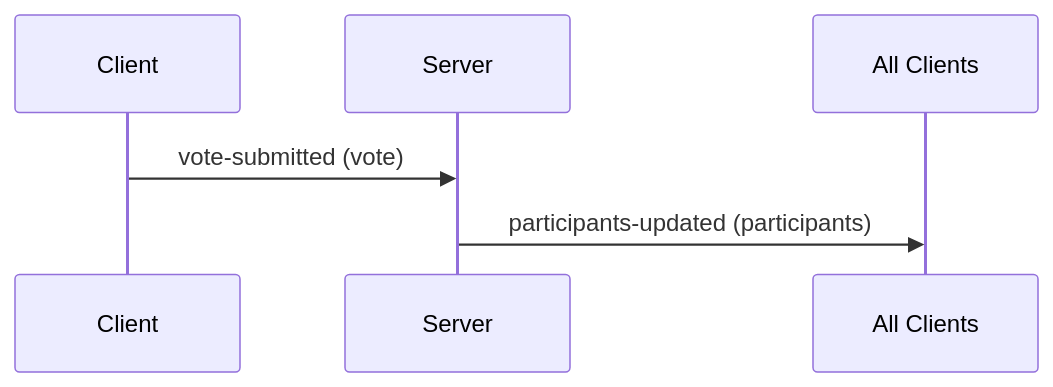
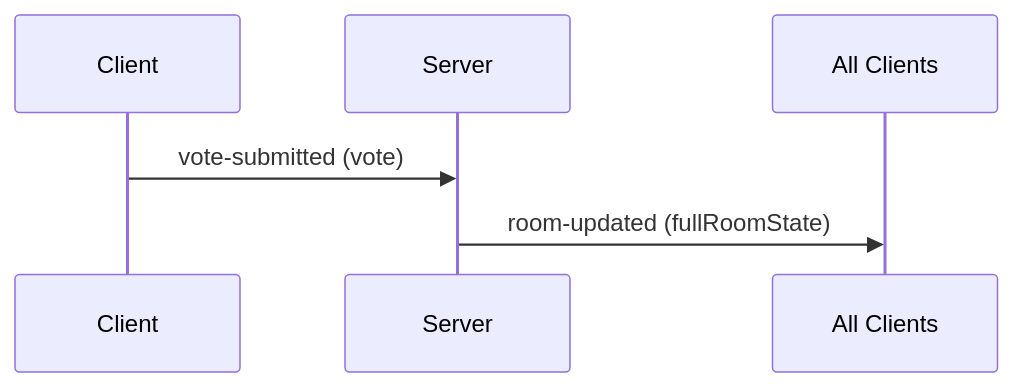
One commit to conrisc/scrum-poker changed the fourth of 5 diagrams in memory-bank/systemPatterns.md. Above: the diagram before and after it, drawn with Mermaid. The commit also changed other lines of this file and 6 other files, not shown here.

````diff
--- a/memory-bank/systemPatterns.md
+++ b/memory-bank/systemPatterns.md
@@ -45,5 +45,5 @@
 ```mermaid
 sequenceDiagram
     Client->>Server: vote-submitted (vote)
-    Server->>All Clients: participants-updated (participants)
+    Server->>All Clients: room-updated (fullRoomState)
 ```
````
